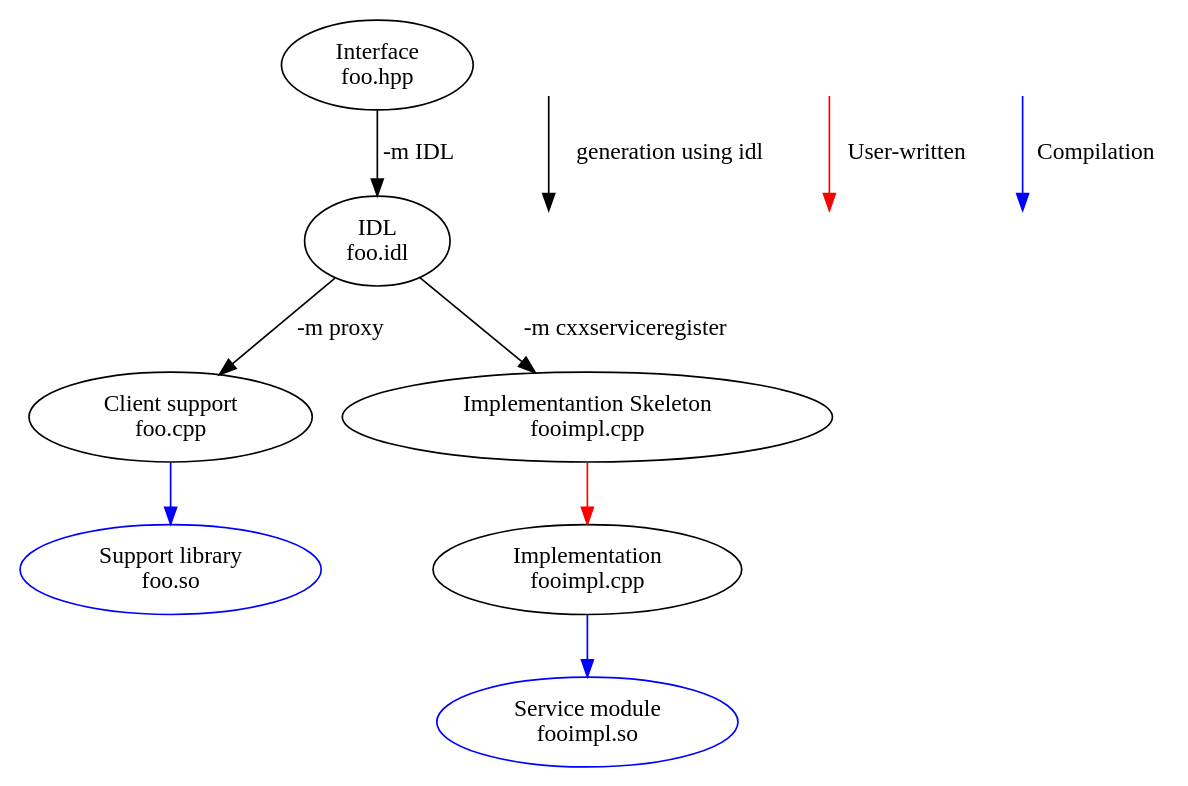
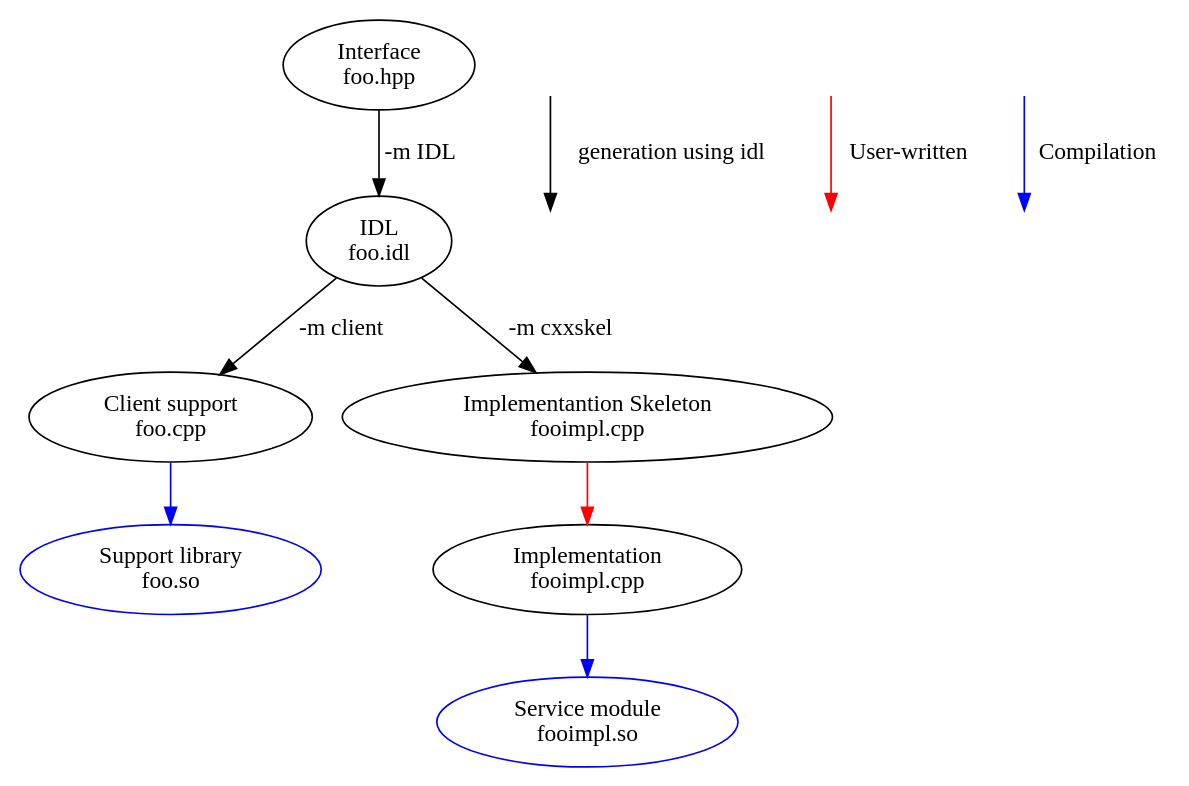
The diagram in doc/source/guide/cxx-service.rst (aldebaran/libqi), drawn with Graphviz before and after one commit. The commit also changed other lines of this file, not shown here.

```diff
--- a/doc/source/guide/cxx-service.rst
+++ b/doc/source/guide/cxx-service.rst
@@ -149,23 +167,23 @@
 .. graphviz::
 
   digraph workflow {
     Interface      [label="Interface\nfoo.hpp"];
     IDL            [label="IDL\nfoo.idl"];
     Support        [label="Client support\nfoo.cpp"];
     ImplSkel       [label="Implementantion Skeleton\nfooimpl.cpp"];
     ImplFull       [label="Implementation\nfooimpl.cpp"];
     ImplSo         [label="Service module\nfooimpl.so" color="blue"];
     SupportSo      [label="Support library\nfoo.so" color="blue"];
 
     Interface -> IDL      [label = "-m IDL" ];
-    IDL -> Support        [label = "-m proxy"];
-    IDL -> ImplSkel       [label = "-m cxxserviceregister"];
+    IDL -> Support        [label = "-m client"];
+    IDL -> ImplSkel       [label = "-m cxxskel"];
     ImplSkel -> ImplFull  [color=red];
     ImplFull -> ImplSo    [color=blue];
     Support -> SupportSo  [color=blue];
 
     node [color="white" fontcolor="white" label=""]; la lb lc ld le lf;
     la -> lb [label = "generation using idl"];
     lc -> ld [color=red label="User-written"];
     le->lf [color=blue label="Compilation"];
     }
```
